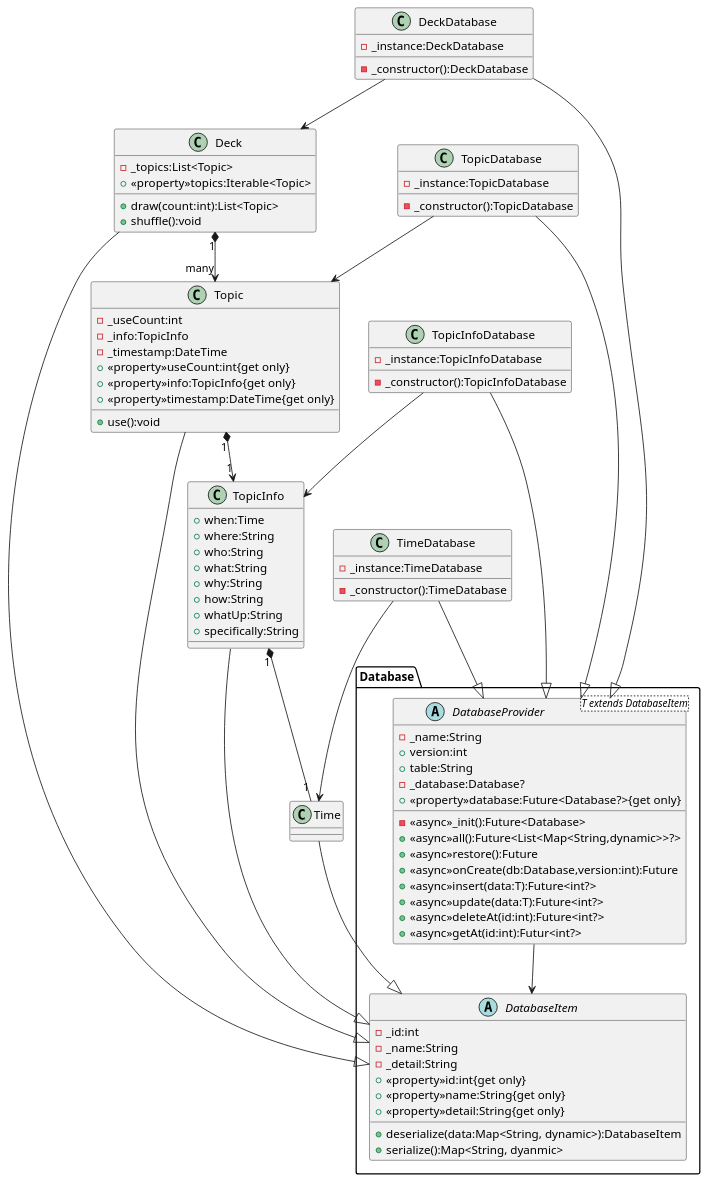
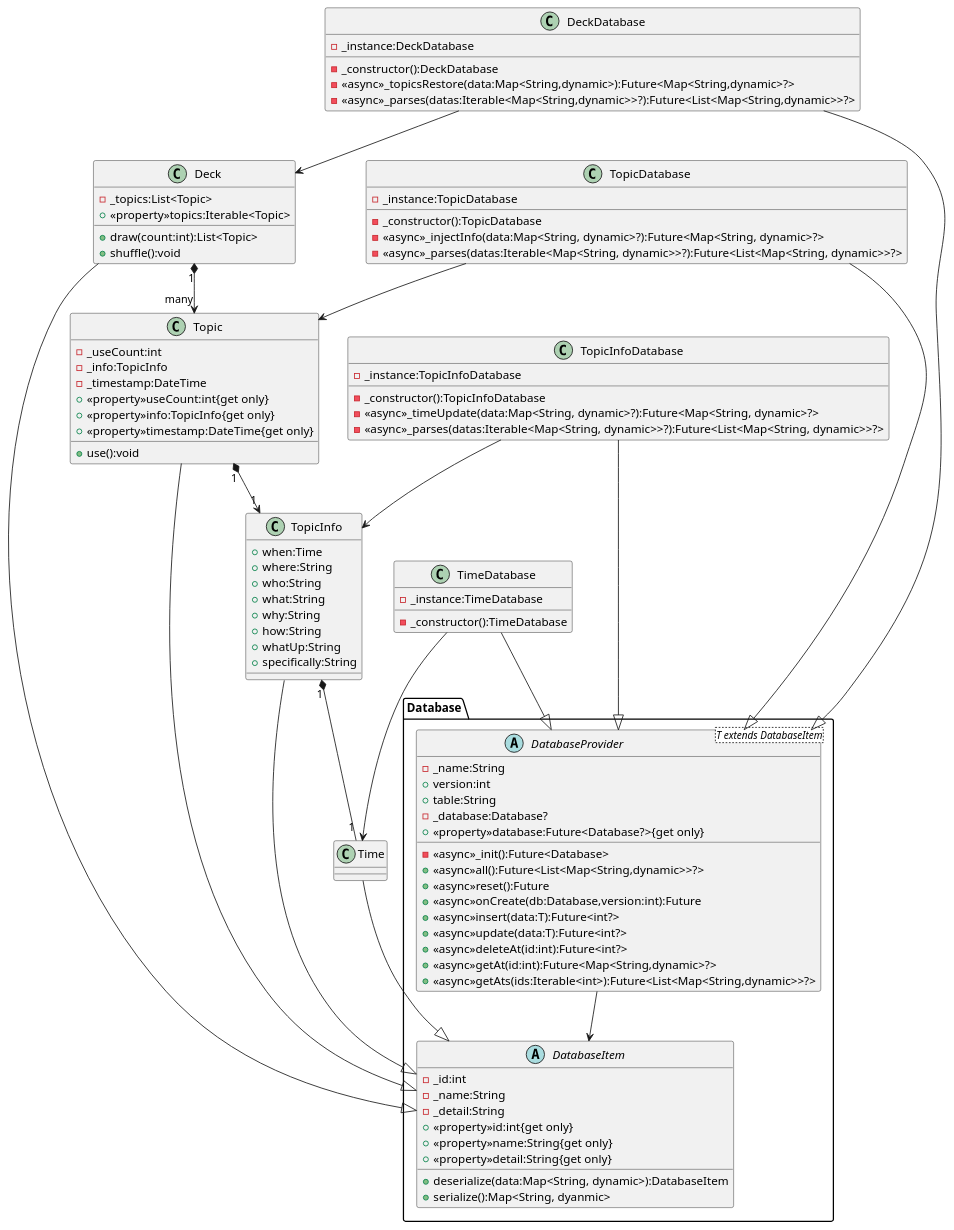
Before and after one commit to nmskm240/conversation_deck: the diagram in classDiagram.pu, drawn with PlantUML. The commit also changed 4 other files, not shown here.

```diff
--- a/classDiagram.pu
+++ b/classDiagram.pu
@@ -1,102 +1,109 @@
 @startuml Conversation deck cards
 package Database
 {
     abstract DatabaseItem
     {
         -_id:int
         -_name:String
         -_detail:String
         +<<property>>id:int{get only}
         +<<property>>name:String{get only}
         +<<property>>detail:String{get only}
         +deserialize(data:Map<String, dynamic>):DatabaseItem
         +serialize():Map<String, dyanmic>
     }
     abstract DatabaseProvider<T extends DatabaseItem>
     {
         -_name:String
         +version:int
         +table:String
         -_database:Database?
         +<<property>>database:Future<Database?>{get only}
         -<<async>>_init():Future<Database>
         +<<async>>all():Future<List<Map<String,dynamic>>?>
-        +<<async>>restore():Future
+        +<<async>>reset():Future
         +<<async>>onCreate(db:Database,version:int):Future
         +<<async>>insert(data:T):Future<int?>
         +<<async>>update(data:T):Future<int?>
         +<<async>>deleteAt(id:int):Future<int?>
-        +<<async>>getAt(id:int):Futur<int?>
+        +<<async>>getAt(id:int):Future<Map<String,dynamic>?>
+        +<<async>>getAts(ids:Iterable<int>):Future<List<Map<String,dynamic>>?>
     }
 }
 class Deck
 {
     -_topics:List<Topic>
     +<<property>>topics:Iterable<Topic>
     +draw(count:int):List<Topic>
     +shuffle():void
 }
 class DeckDatabase
 {
     -_instance:DeckDatabase
     -_constructor():DeckDatabase
+    -<<async>>_topicsRestore(data:Map<String,dynamic>):Future<Map<String,dynamic>?>
+    -<<async>>_parses(datas:Iterable<Map<String,dynamic>>?):Future<List<Map<String,dynamic>>?>
 }
 class Topic
 {
     -_useCount:int
     -_info:TopicInfo
     -_timestamp:DateTime
     +<<property>>useCount:int{get only}
     +<<property>>info:TopicInfo{get only}
     +<<property>>timestamp:DateTime{get only}
     +use():void
 }
 class TopicInfo
 {
     +when:Time
     +where:String
     +who:String
     +what:String
     +why:String
     +how:String
     +whatUp:String
     +specifically:String
 }
 class TopicInfoDatabase
 {
     -_instance:TopicInfoDatabase
     -_constructor():TopicInfoDatabase
+    -<<async>>_timeUpdate(data:Map<String, dynamic>?):Future<Map<String, dynamic>?>
+    -<<async>>_parses(datas:Iterable<Map<String, dynamic>>?):Future<List<Map<String, dynamic>>?>
 }
 class TopicDatabase
 {
     -_instance:TopicDatabase
     -_constructor():TopicDatabase
+    -<<async>>_injectInfo(data:Map<String, dynamic>?):Future<Map<String, dynamic>?>
+    -<<async>>_parses(datas:Iterable<Map<String, dynamic>>?):Future<List<Map<String, dynamic>>?>
 }
 class Time
 class TimeDatabase
 {
     -_instance:TimeDatabase
     -_constructor():TimeDatabase
 }
 
 DatabaseProvider --> DatabaseItem
 DeckDatabase --> Deck
 TopicDatabase --> Topic
 TopicInfoDatabase --> TopicInfo
 TimeDatabase --> Time
 
 DeckDatabase --|> DatabaseProvider
 TopicDatabase --|> DatabaseProvider
 TopicInfoDatabase --|> DatabaseProvider
 TimeDatabase --|> DatabaseProvider
 Deck --|> DatabaseItem
 Topic --|> DatabaseItem
 TopicInfo --|> DatabaseItem
 Time --|> DatabaseItem
 
 Topic "1" *--> "1" TopicInfo
 Deck "1" *--> "many" Topic
 
 TopicInfo "1" *-- "1" Time
 
 @enduml
```
